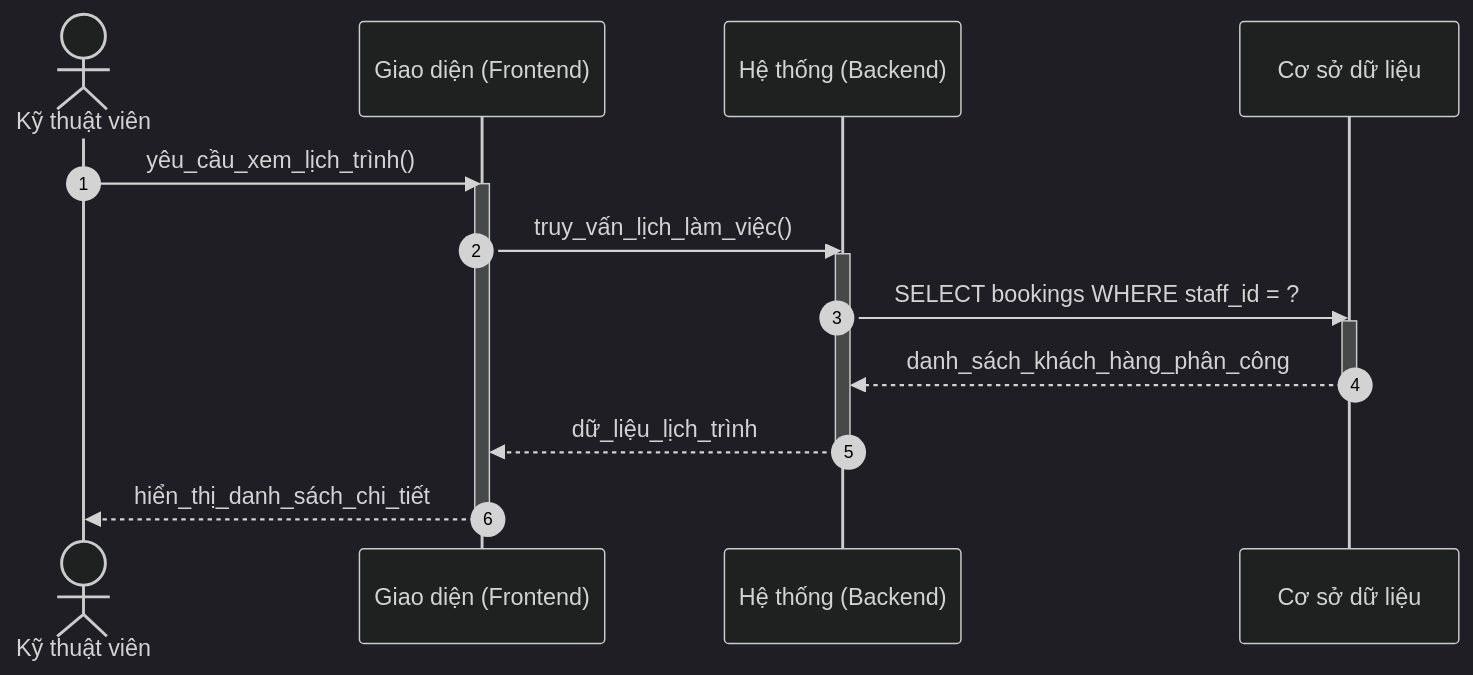
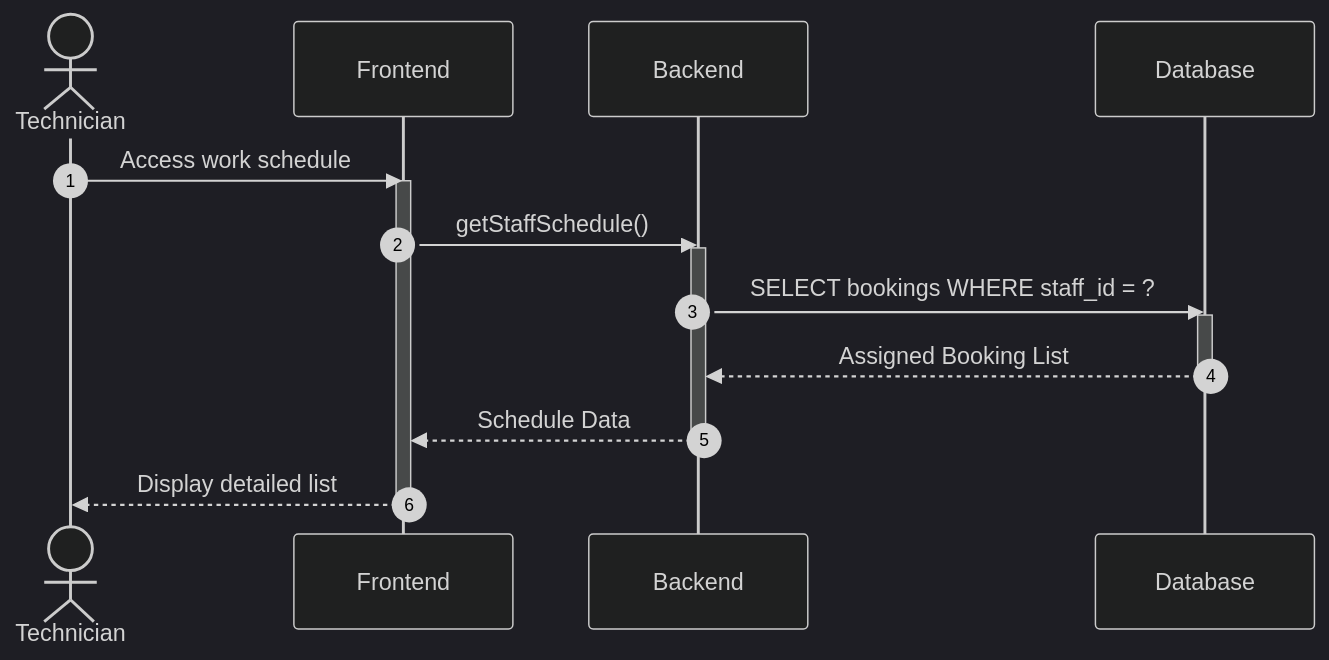
The first of 2 diagrams in docs/design/sequences_simplified/technician_flows.md (ngoctinn/Synapse), drawn with Mermaid (dark theme) before and after one commit. The commit also changed other lines of this file and 4 other files, not shown here.

Commit message:
feat: add simplified sequence diagrams for authentication and core user flows.

````diff
--- a/docs/design/sequences_simplified/technician_flows.md
+++ b/docs/design/sequences_simplified/technician_flows.md
@@ -9,21 +7,21 @@
 ```mermaid
 sequenceDiagram
     autonumber
-    actor KTV as Kỹ thuật viên
-    participant FE as Giao diện (Frontend)
-    participant BE as Hệ thống (Backend)
-    participant DB as Cơ sở dữ liệu
+    actor KTV as Technician
+    participant FE as Frontend
+    participant BE as Backend
+    participant DB as Database
 
-    KTV->>FE: yêu_cầu_xem_lịch_trình()
+    KTV->>FE: Access work schedule
     activate FE
-    FE->>BE: truy_vấn_lịch_làm_việc()
+    FE->>BE: getStaffSchedule()
     activate BE
     BE->>DB: SELECT bookings WHERE staff_id = ?
     activate DB
-    DB-->>BE: danh_sách_khách_hàng_phân_công
+    DB-->>BE: Assigned Booking List
     deactivate DB
-    BE-->>FE: dữ_liệu_lịch_trình
+    BE-->>FE: Schedule Data
     deactivate BE
-    FE-->>KTV: hiển_thị_danh_sách_chi_tiết
+    FE-->>KTV: Display detailed list
     deactivate FE
 ```
````
